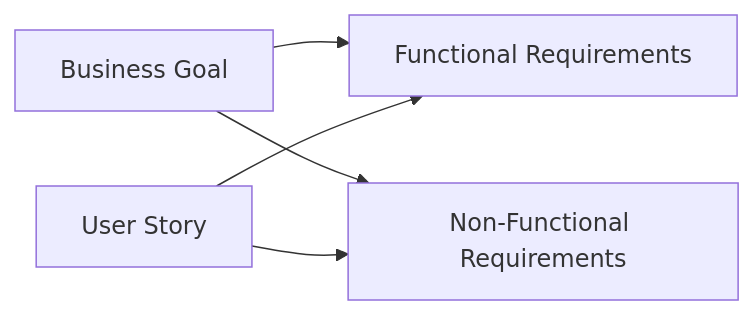
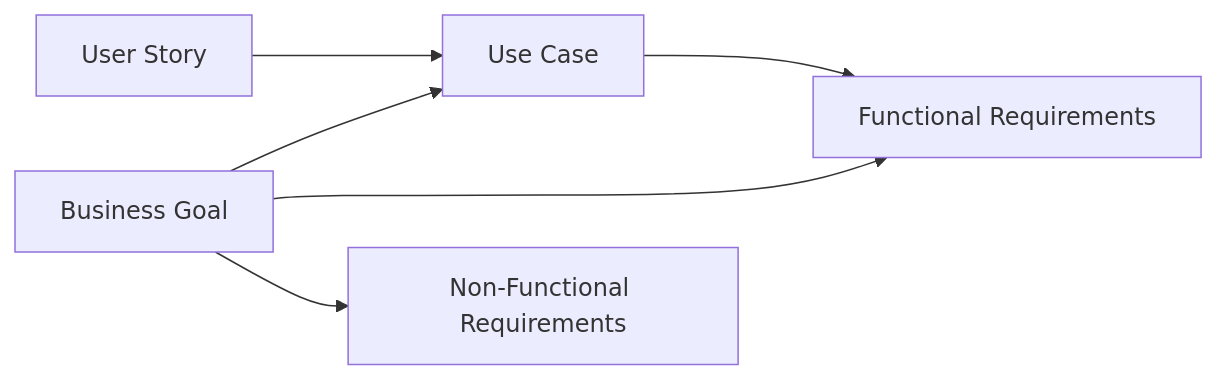
The third of 15 diagrams in specs/artifact-relationships.md (mahitotsu/ukiyoue), drawn with Mermaid before and after one commit. The commit also changed other lines of this file and 27 other files, not shown here.

````diff
--- a/specs/artifact-relationships.md
+++ b/specs/artifact-relationships.md
@@ -306,7 +311,8 @@
 ```mermaid
 graph LR
-    BizGoal[Business Goal] --> FuncReq[Functional Requirements]
-    UserStory[User Story] --> FuncReq
+    BizGoal[Business Goal] --> UseCase[Use Case]
+    UserStory[User Story] --> UseCase
+    UseCase --> FuncReq[Functional Requirements]
+    BizGoal --> FuncReq
     BizGoal --> NonFuncReq[Non-Functional Requirements]
-    UserStory --> NonFuncReq
 ```
````
